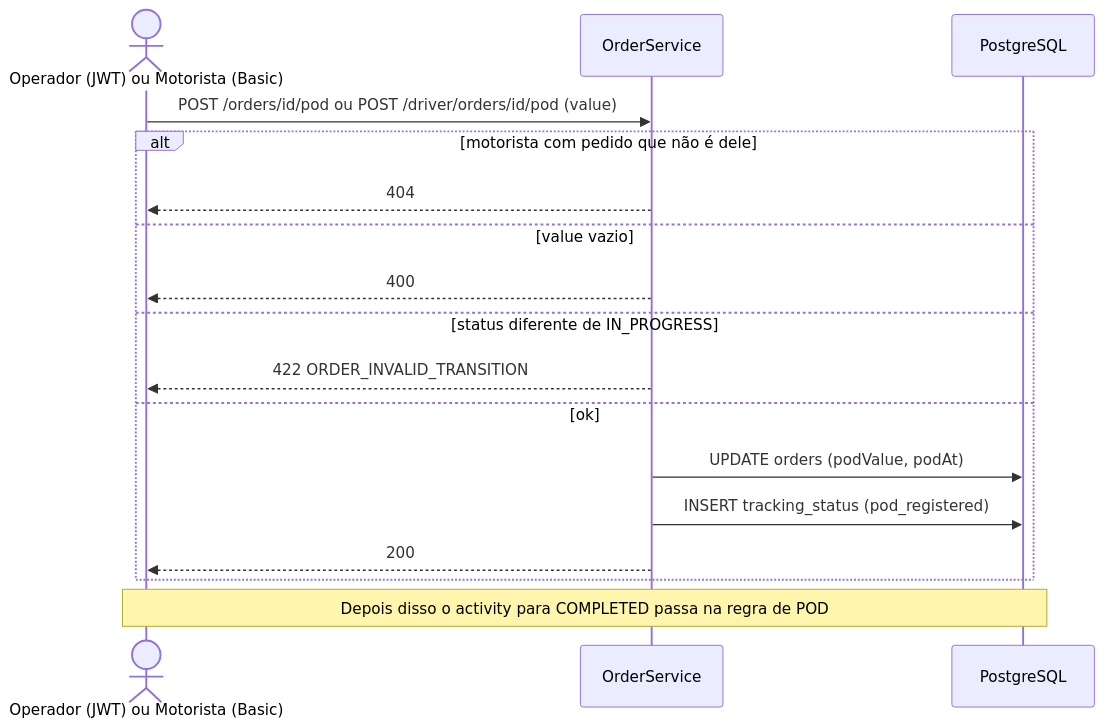
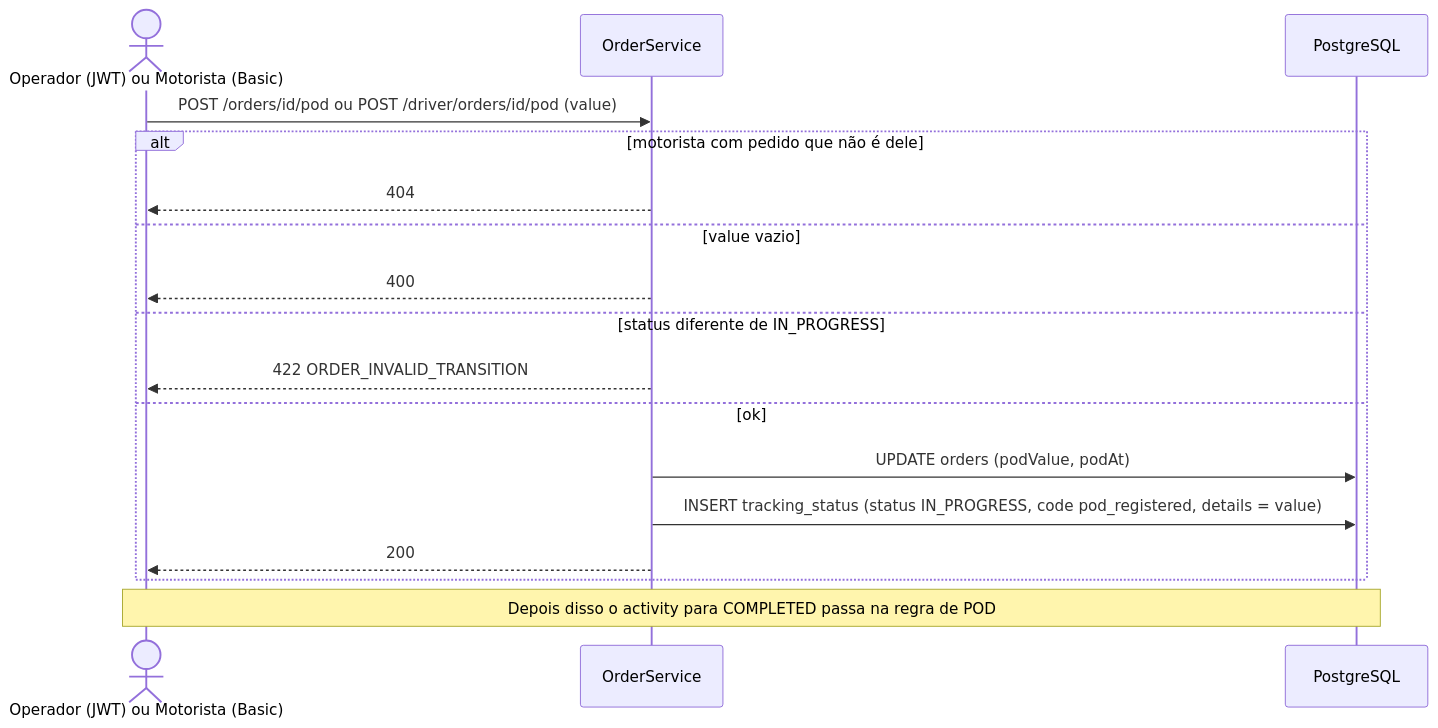
One commit to Edryck/kj-fleets changed diagram 11 of 17 in docs/flows.md. Above: the diagram before and after it, drawn with Mermaid. The commit also changed other lines of this file and 4 other files, not shown here.

````diff
--- a/docs/flows.md
+++ b/docs/flows.md
@@ -258,20 +290,20 @@
 ```mermaid
 sequenceDiagram
     actor A as Operador (JWT) ou Motorista (Basic)
     participant S as OrderService
     participant DB as PostgreSQL
 
     A->>S: POST /orders/id/pod ou POST /driver/orders/id/pod (value)
     alt motorista com pedido que não é dele
         S-->>A: 404
     else value vazio
         S-->>A: 400
     else status diferente de IN_PROGRESS
         S-->>A: 422 ORDER_INVALID_TRANSITION
     else ok
         S->>DB: UPDATE orders (podValue, podAt)
-        S->>DB: INSERT tracking_status (pod_registered)
+        S->>DB: INSERT tracking_status (status IN_PROGRESS, code pod_registered, details = value)
         S-->>A: 200
     end
     Note over A,DB: Depois disso o activity para COMPLETED passa na regra de POD
 ```
````
